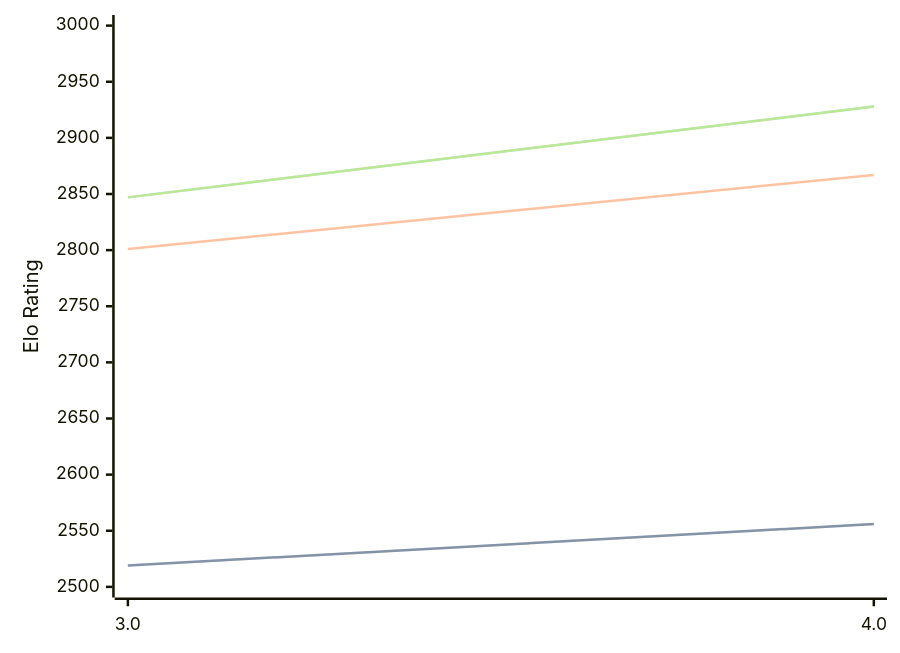
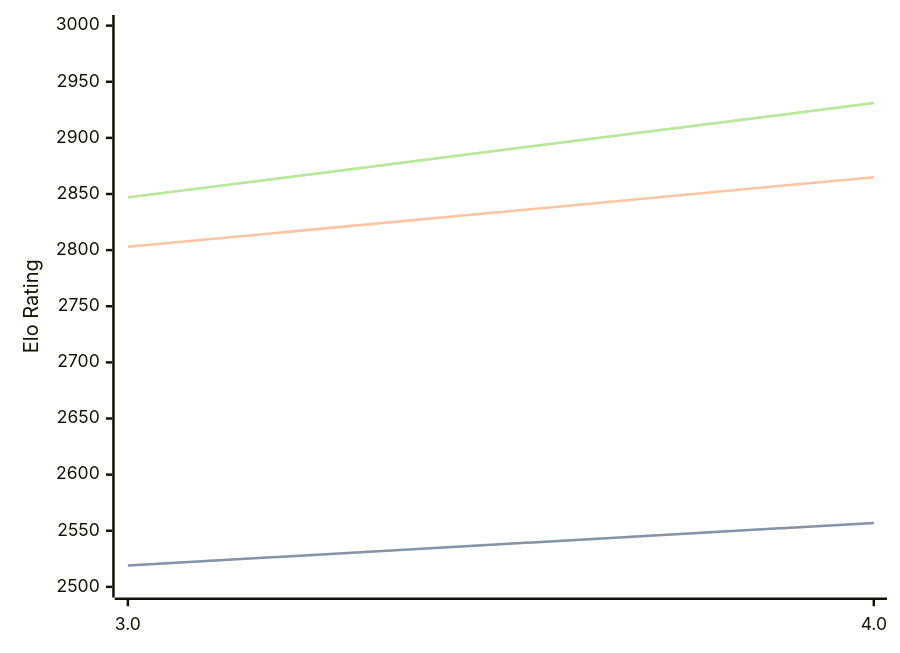
The diagram in engines/Chess3.md (computer-chess-index/cci), drawn with Mermaid before and after one commit. The commit also changed other lines of this file, not shown here.

Commit message:
Update CCI Ratings (ELO VLTC) - 2026-05-03

````diff
--- a/engines/Chess3.md
+++ b/engines/Chess3.md
@@ -34,11 +34,11 @@
 ```mermaid
 %%{init: {"theme":"base","themeVariables":{"seriesColors:['#a3a3a3','#222221','#faa371']}}}%%
 xychart-beta
   x-axis ["3.0", "4.0"]
   y-axis "Elo Rating" 2500 --> 3000
-  line "STC (8.0+0.08s)" [2519, 2556]
-  line "STC (8.0+0.08s)" [2519, 2556]
-  line "LTC (60.0+0.60s)" [2801, 2867]
-  line "VLTC (2m24s+1.12s)" [2847, 2928]
-  line "VLTC (2m24s+1.12s)" [2847, 2928]
+  line "STC (8.0+0.08s)" [2519, 2557]
+  line "STC (8.0+0.08s)" [2519, 2557]
+  line "LTC (60.0+0.60s)" [2803, 2865]
+  line "VLTC (2m24s+1.12s)" [2847, 2931]
+  line "VLTC (2m24s+1.12s)" [2847, 2931]
 ```
````
